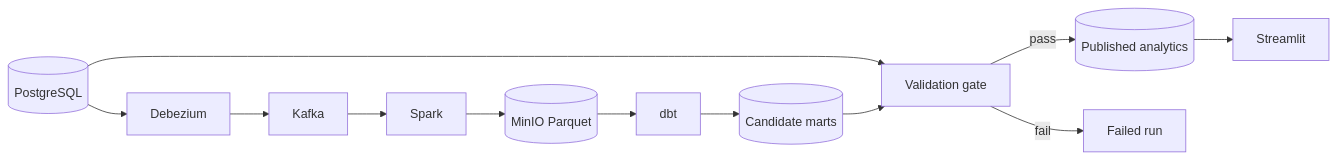
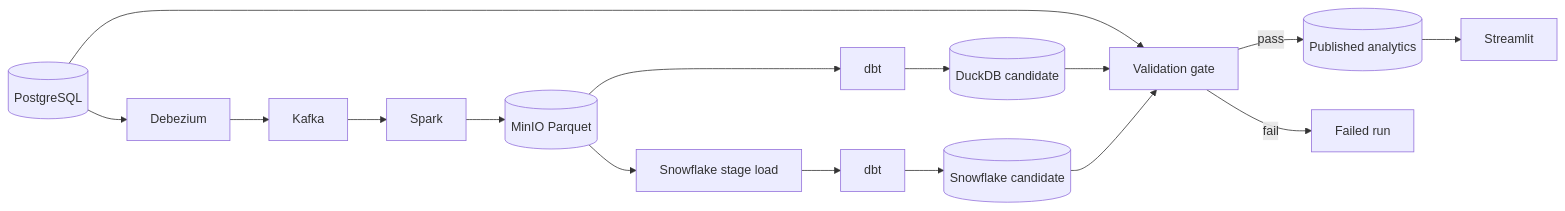
Before and after one commit to rajeev-chaurasia/millrace: the diagram in README.md, drawn with Mermaid. The commit also changed other lines of this file and 53 other files, not shown here.

````diff
--- a/README.md
+++ b/README.md
@@ -14,14 +19,18 @@
 ```mermaid
 flowchart LR
     Postgres[(PostgreSQL)] --> Debezium[Debezium]
     Debezium --> Kafka[Kafka]
     Kafka --> Spark[Spark]
     Spark --> Parquet[(MinIO Parquet)]
     Parquet --> Dbt[dbt]
-    Dbt --> Candidate[(Candidate marts)]
+    Parquet --> SFLoad[Snowflake stage load]
+    SFLoad --> DbtSF[dbt]
+    Dbt --> Candidate[(DuckDB candidate)]
+    DbtSF --> CandidateSF[(Snowflake candidate)]
     Postgres --> Gate[Validation gate]
     Candidate --> Gate
+    CandidateSF --> Gate
     Gate -->|pass| Analytics[(Published analytics)]
     Gate -->|fail| Failed[Failed run]
     Analytics --> Streamlit[Streamlit]
 ```
````
